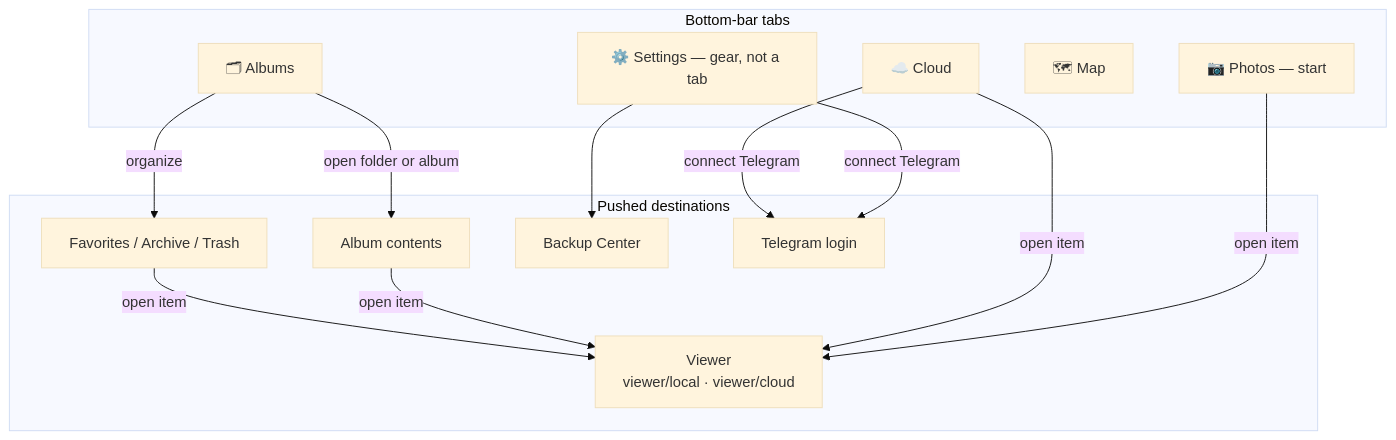
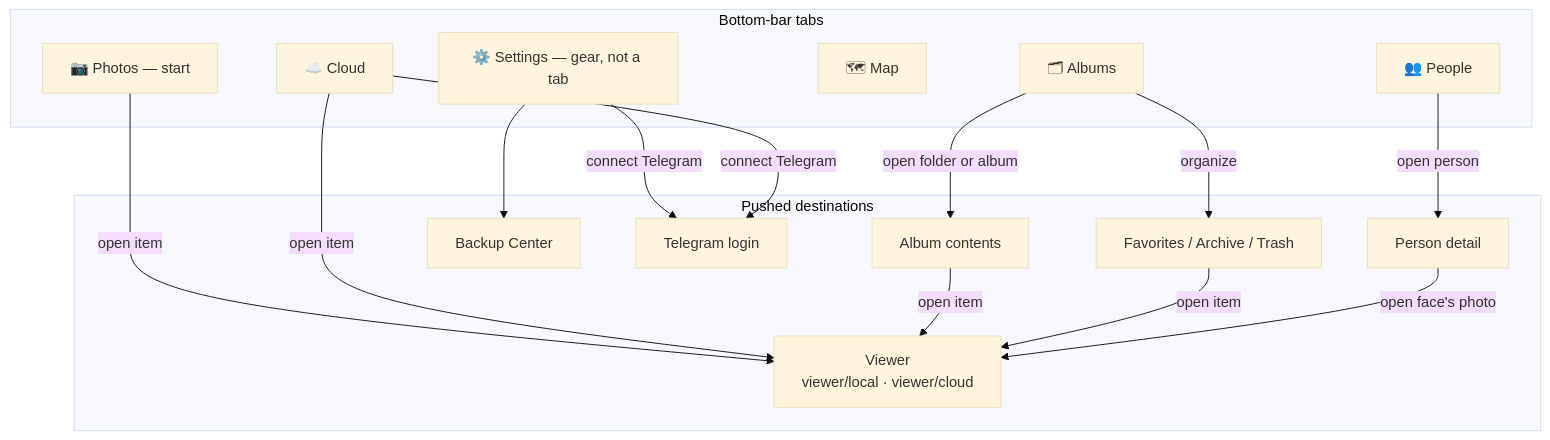
The second of 3 diagrams in README.md (FakeAbid11/Telepic), drawn with Mermaid (base theme) before and after one commit. The commit also changed other lines of this file and 70 other files, not shown here.

First line of the commit message:
People tab: on-device face grouping (v0.3.0) (#19)

````diff
--- a/README.md
+++ b/README.md
@@ -345,26 +391,30 @@
 ```mermaid
 flowchart TD
     subgraph tabs["Bottom-bar tabs"]
         PHOTOS["📷 Photos — start"]
         CLOUD["☁️ Cloud"]
         ALBUMS["🗂 Albums"]
         MAP["🗺 Map"]
+        PEOPLE["👥 People"]
         SETTINGS["⚙️ Settings — gear, not a tab"]
     end
     subgraph pushed["Pushed destinations"]
         VIEWER["Viewer<br/>viewer/local · viewer/cloud"]
         CONTENTS["Album contents"]
         ORG["Favorites / Archive / Trash"]
         BACKUP["Backup Center"]
         LOGIN["Telegram login"]
+        PERSON["Person detail"]
     end
     PHOTOS -- "open item" --> VIEWER
     CLOUD -- "open item" --> VIEWER
     ALBUMS -- "open folder or album" --> CONTENTS
     CONTENTS -- "open item" --> VIEWER
     ALBUMS -- "organize" --> ORG
     ORG -- "open item" --> VIEWER
+    PEOPLE -- "open person" --> PERSON
+    PERSON -- "open face's photo" --> VIEWER
     SETTINGS --> BACKUP
     SETTINGS -- "connect Telegram" --> LOGIN
     CLOUD -- "connect Telegram" --> LOGIN
 ```
````
